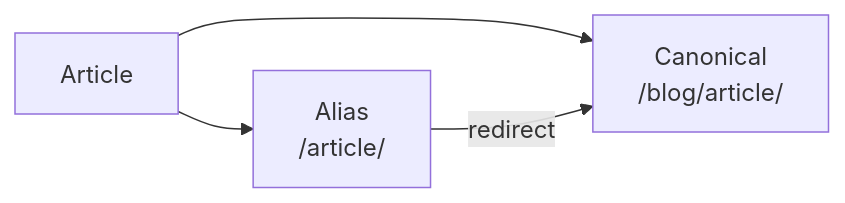
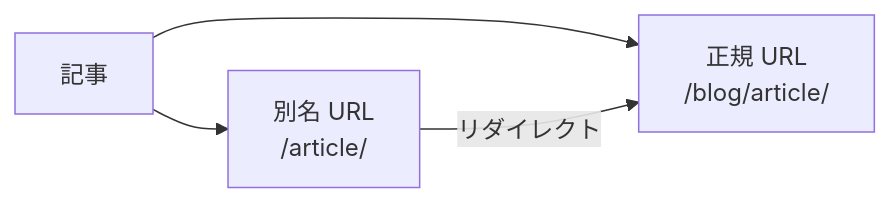
One commit to Rerurate514/riebeckite changed the fifth of 13 diagrams in docs/docs/framework/content-system.ja.md. Above: the diagram before and after it, drawn with Mermaid. The commit also changed other lines of this file and 310 other files, not shown here.

````diff
--- a/docs/docs/framework/content-system.ja.md
+++ b/docs/docs/framework/content-system.ja.md
@@ -277,8 +251,8 @@
 ```mermaid id="k15b5h"
 flowchart LR
-    Article["Article"]
+    Article["記事"]
 
-    Article --> Canonical["Canonical<br/>/blog/article/"]
-    Article --> Alias["Alias<br/>/article/"]
-    Alias -->|"redirect"| Canonical
+    Article --> Canonical["正規 URL<br/>/blog/article/"]
+    Article --> Alias["別名 URL<br/>/article/"]
+    Alias -->|"リダイレクト"| Canonical
 ```
````
